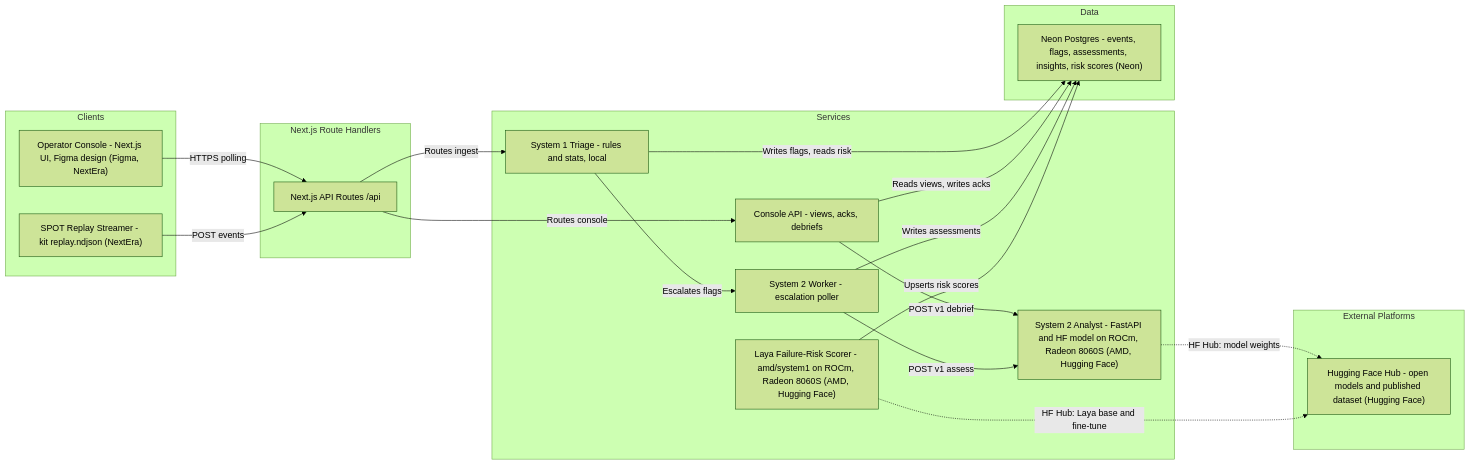
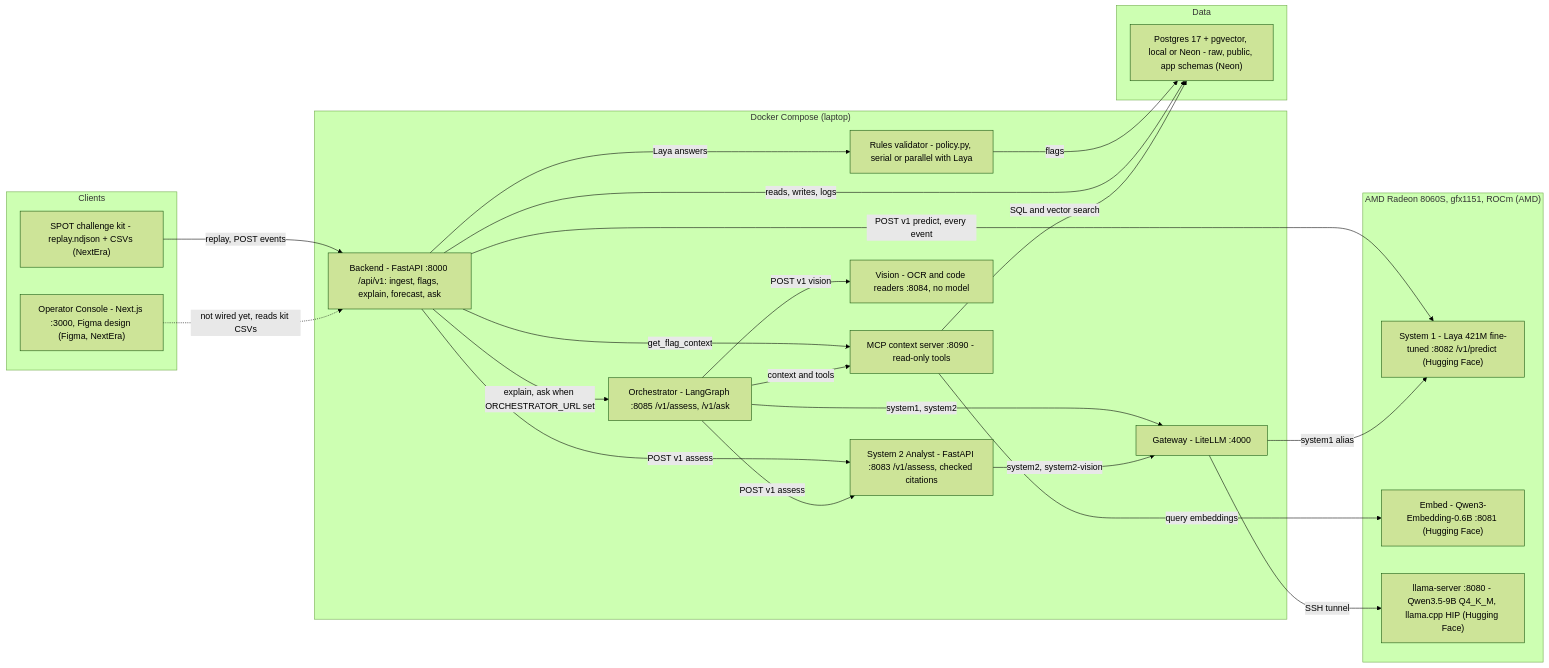
One commit to Ammar-btye/SpotTheDOT changed the diagram in docs/architecture.mmd. Above: the diagram before and after it, drawn with Mermaid (forest theme). The commit also changed 52 other files, not shown here.

First line of the commit message:
feat: Graph RAG knowledge graph in MCP/db; research cleanup; CLAUDE.md phase update

```diff
--- a/docs/architecture.mmd
+++ b/docs/architecture.mmd
@@ -1,35 +1,41 @@
 flowchart LR
     subgraph client ["Clients"]
-        consoleUi["Operator Console - Next.js UI, Figma design (Figma, NextEra)"]
-        replayStreamer["SPOT Replay Streamer - kit replay.ndjson (NextEra)"]
+        consoleUi["Operator Console - Next.js :3000, Figma design (Figma, NextEra)"]
+        kitReplay["SPOT challenge kit - replay.ndjson + CSVs (NextEra)"]
     end
-    subgraph gateway ["Next.js Route Handlers"]
-        nextApi["Next.js API Routes /api"]
+    subgraph app ["Docker Compose (laptop)"]
+        backend["Backend - FastAPI :8000 /api/v1: ingest, flags, explain, forecast, ask"]
+        validator["Rules validator - policy.py, serial or parallel with Laya"]
+        orchestrator["Orchestrator - LangGraph :8085 /v1/assess, /v1/ask"]
+        mcp["MCP context server :8090 - read-only tools"]
+        system2["System 2 Analyst - FastAPI :8083 /v1/assess, checked citations"]
+        gateway["Gateway - LiteLLM :4000"]
+        vision["Vision - OCR and code readers :8084, no model"]
     end
-    subgraph service ["Services"]
-        triage["System 1 Triage - rules and stats, local"]
-        consoleApi["Console API - views, acks, debriefs"]
-        worker["System 2 Worker - escalation poller"]
-        analyst["System 2 Analyst - FastAPI and HF model on ROCm, Radeon 8060S (AMD, Hugging Face)"]
-        riskScorer["Laya Failure-Risk Scorer - amd/system1 on ROCm, Radeon 8060S (AMD, Hugging Face)"]
+    subgraph amdBox ["AMD Radeon 8060S, gfx1151, ROCm (AMD)"]
+        system1["System 1 - Laya 421M fine-tuned :8082 /v1/predict (Hugging Face)"]
+        embed["Embed - Qwen3-Embedding-0.6B :8081 (Hugging Face)"]
+        llama["llama-server :8080 - Qwen3.5-9B Q4_K_M, llama.cpp HIP (Hugging Face)"]
     end
     subgraph datastore ["Data"]
-        neon["Neon Postgres - events, flags, assessments, insights, risk scores (Neon)"]
-    end
-    subgraph external ["External Platforms"]
-        hfHub["Hugging Face Hub - open models and published dataset (Hugging Face)"]
+        db["Postgres 17 + pgvector, local or Neon - raw, public, app schemas (Neon)"]
     end
 
-    consoleUi -->|"HTTPS polling"| nextApi
-    replayStreamer -->|"POST events"| nextApi
-    nextApi -->|"Routes ingest"| triage
-    nextApi -->|"Routes console"| consoleApi
-    triage -->|"Escalates flags"| worker
-    triage -->|"Writes flags, reads risk"| neon
-    consoleApi -->|"POST v1 debrief"| analyst
-    consoleApi -->|"Reads views, writes acks"| neon
-    worker -->|"POST v1 assess"| analyst
-    worker -->|"Writes assessments"| neon
-    riskScorer -->|"Upserts risk scores"| neon
-    analyst -.->|"HF Hub: model weights"| hfHub
-    riskScorer -.->|"HF Hub: Laya base and fine-tune"| hfHub
+    kitReplay -->|"replay, POST events"| backend
+    consoleUi -.->|"not wired yet, reads kit CSVs"| backend
+    backend -->|"POST v1 predict, every event"| system1
+    backend -->|"Laya answers"| validator
+    validator -->|"flags"| db
+    backend -->|"reads, writes, logs"| db
+    backend -->|"explain, ask when ORCHESTRATOR_URL set"| orchestrator
+    backend -->|"get_flag_context"| mcp
+    backend -->|"POST v1 assess"| system2
+    orchestrator -->|"context and tools"| mcp
+    orchestrator -->|"system1, system2"| gateway
+    orchestrator -->|"POST v1 vision"| vision
+    orchestrator -->|"POST v1 assess"| system2
+    system2 -->|"system2, system2-vision"| gateway
+    gateway -->|"SSH tunnel"| llama
+    gateway -->|"system1 alias"| system1
+    mcp -->|"SQL and vector search"| db
+    mcp -->|"query embeddings"| embed
```
